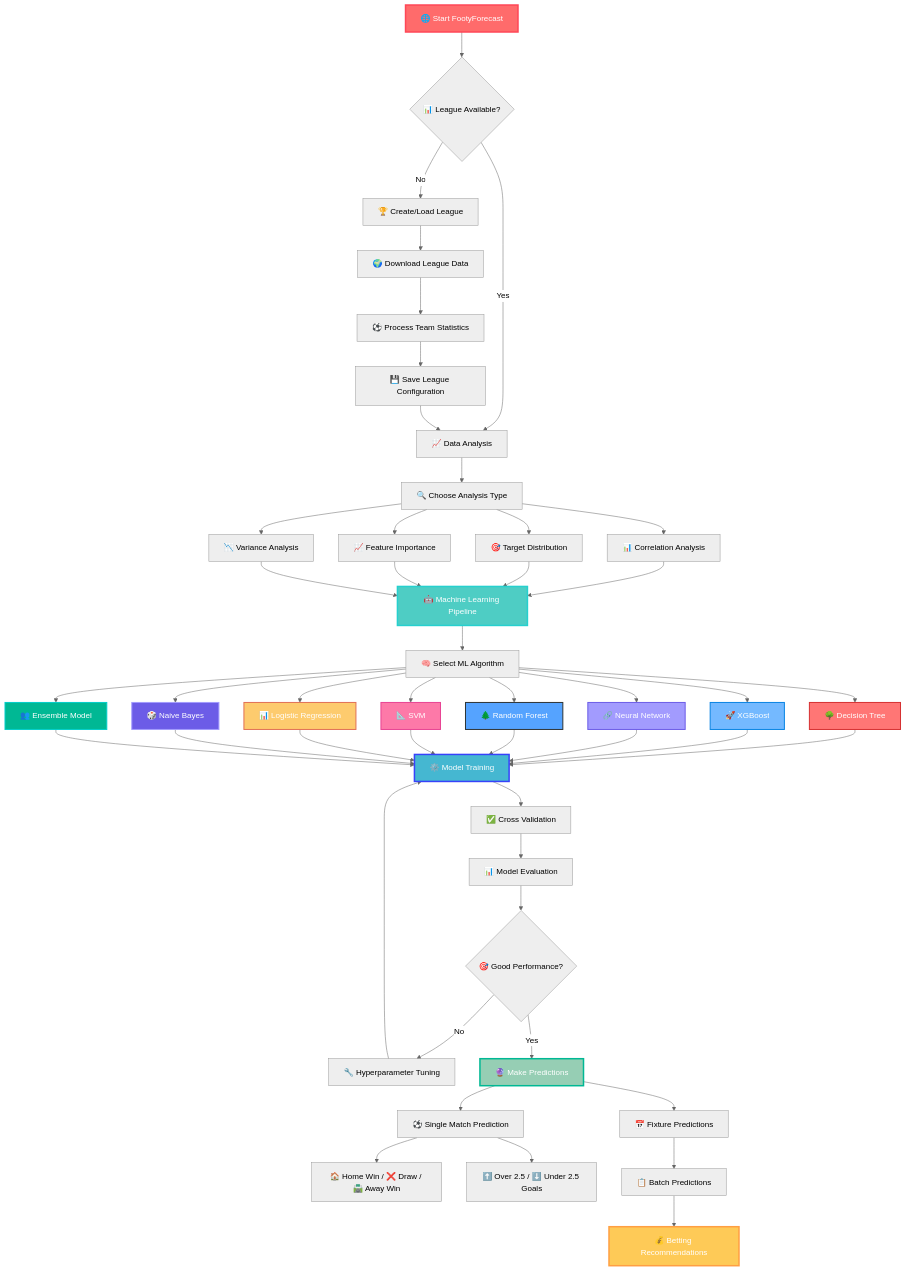
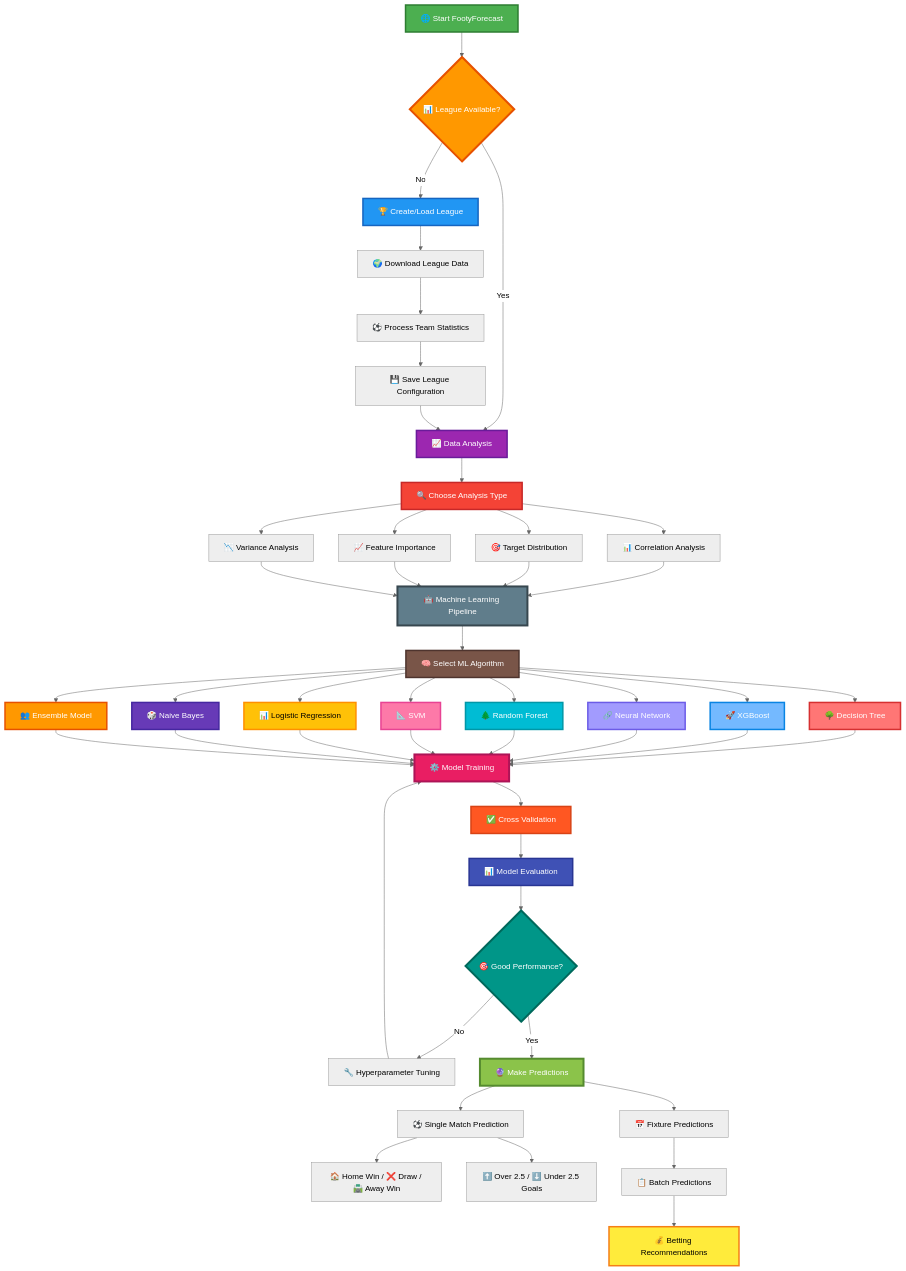
Before and after one commit to gregorizeidler/footyforecast-soccer-bets-predictor: the first of 4 diagrams in README.md, drawn with Mermaid (neutral theme). The commit also changed other lines of this file, not shown here.

First line of the commit message:
🎨 Fix Mermaid flowcharts with high-contrast colors

````diff
--- a/README.md
+++ b/README.md
@@ -148,18 +148,26 @@
     Z2 --> CC[📋 Batch Predictions]
     CC --> DD[💰 Betting Recommendations]
     
-    style A fill:#FF6B6B,stroke:#FF4757,stroke-width:3px,color:#fff
-    style J fill:#4ECDC4,stroke:#26D0CE,stroke-width:3px,color:#fff
-    style T fill:#45B7D1,stroke:#3742FA,stroke-width:3px,color:#fff
-    style Y fill:#96CEB4,stroke:#00B894,stroke-width:3px,color:#fff
-    style DD fill:#FECA57,stroke:#FF9F43,stroke-width:3px,color:#fff
+    style A fill:#4CAF50,stroke:#2E7D32,stroke-width:3px,color:#FFFFFF
+    style B fill:#FF9800,stroke:#E65100,stroke-width:4px,color:#FFFFFF
+    style C fill:#2196F3,stroke:#1565C0,stroke-width:3px,color:#FFFFFF
+    style D fill:#9C27B0,stroke:#6A1B9A,stroke-width:3px,color:#FFFFFF
+    style E fill:#F44336,stroke:#C62828,stroke-width:3px,color:#FFFFFF
+    style J fill:#607D8B,stroke:#37474F,stroke-width:4px,color:#FFFFFF
+    style K fill:#795548,stroke:#4E342E,stroke-width:3px,color:#FFFFFF
+    style T fill:#E91E63,stroke:#AD1457,stroke-width:4px,color:#FFFFFF
+    style U fill:#FF5722,stroke:#D84315,stroke-width:3px,color:#FFFFFF
+    style V fill:#3F51B5,stroke:#283593,stroke-width:3px,color:#FFFFFF
+    style W fill:#009688,stroke:#00695C,stroke-width:4px,color:#FFFFFF
+    style Y fill:#8BC34A,stroke:#558B2F,stroke-width:4px,color:#FFFFFF
+    style DD fill:#FFEB3B,stroke:#F57F17,stroke-width:3px,color:#000000
     
-    style L fill:#FF7675,stroke:#D63031,stroke-width:2px,color:#fff
-    style M fill:#74B9FF,stroke:#0984E3,stroke-width:2px,color:#fff
-    style N fill:#A29BFE,stroke:#6C5CE7,stroke-width:2px,color:#fff
-    style O fill:#55A3FF,stroke:#2D3436,stroke-width:2px,color:#fff
-    style P fill:#FD79A8,stroke:#E84393,stroke-width:2px,color:#fff
-    style Q fill:#FDCB6E,stroke:#E17055,stroke-width:2px,color:#fff
-    style R fill:#6C5CE7,stroke:#A29BFE,stroke-width:2px,color:#fff
-    style S fill:#00B894,stroke:#00CEC9,stroke-width:2px,color:#fff
+    style L fill:#FF7675,stroke:#D63031,stroke-width:3px,color:#FFFFFF
+    style M fill:#74B9FF,stroke:#0984E3,stroke-width:3px,color:#FFFFFF
+    style N fill:#A29BFE,stroke:#6C5CE7,stroke-width:3px,color:#FFFFFF
+    style O fill:#00BCD4,stroke:#0097A7,stroke-width:3px,color:#FFFFFF
+    style P fill:#FD79A8,stroke:#E84393,stroke-width:3px,color:#FFFFFF
+    style Q fill:#FFC107,stroke:#FF8F00,stroke-width:3px,color:#000000
+    style R fill:#673AB7,stroke:#4527A0,stroke-width:3px,color:#FFFFFF
+    style S fill:#FF9800,stroke:#E65100,stroke-width:3px,color:#FFFFFF
 ```
````
